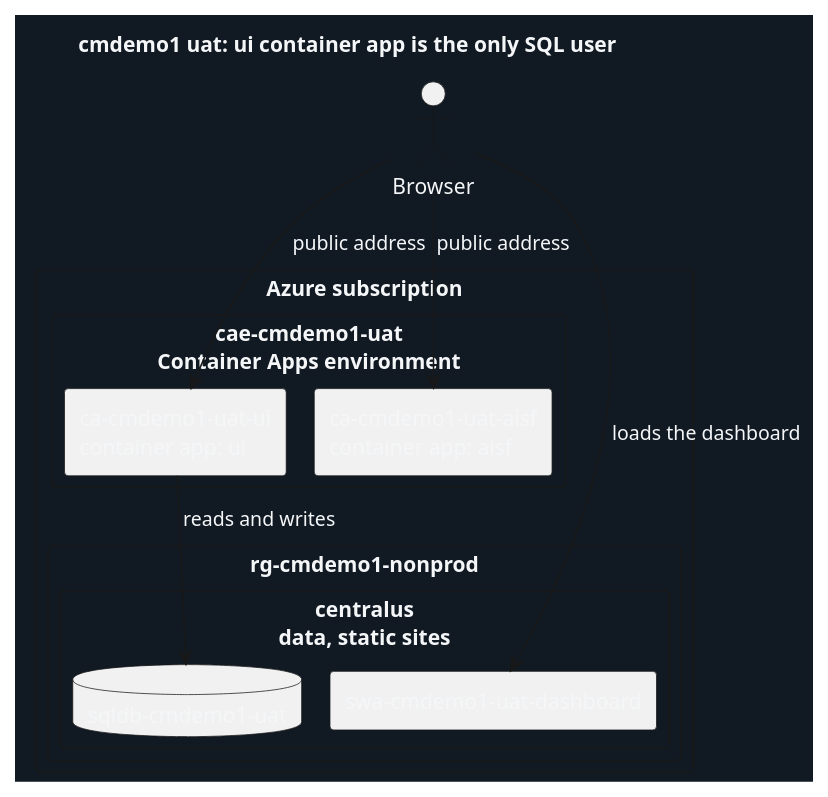
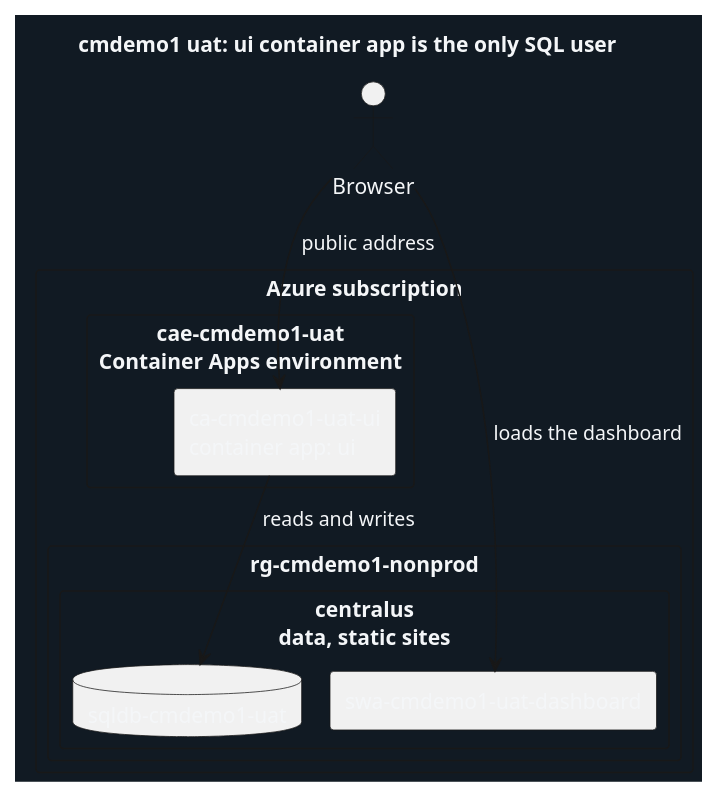
The diagram in src/Dashboard/wwwroot/runtime/uat.puml (clearmeasure-aisf-sample-apps/cmdemo1-dashboard), drawn with PlantUML before and after one commit. The commit also changed 21 other files, not shown here.

```diff
--- a/src/Dashboard/wwwroot/runtime/uat.puml
+++ b/src/Dashboard/wwwroot/runtime/uat.puml
@@ -1,25 +1,23 @@
 @startuml
 !pragma layout smetana
 skinparam backgroundColor #111a23
 skinparam defaultFontColor #f4f6f8
 
 title cmdemo1 uat: ui container app is the only SQL user
 
 rectangle "Azure subscription" as sub {
   rectangle "cae-cmdemo1-uat\nContainer Apps environment" as cae {
     rectangle "ca-cmdemo1-uat-ui\ncontainer app: ui" as ca_ui
-    rectangle "ca-cmdemo1-uat-aisf\ncontainer app: aisf" as ca_aisf
   }
   rectangle "rg-cmdemo1-nonprod" as rg_tier {
     rectangle "centralus\ndata, static sites" as region_data {
       database "sqldb-cmdemo1-uat" as sqldb
       rectangle "swa-cmdemo1-uat-dashboard" as swa_dashboard
     }
   }
 }
 actor "Browser" as browser
 browser --> ca_ui : public address
-browser --> ca_aisf : public address
 ca_ui --> sqldb : reads and writes
 browser --> swa_dashboard : loads the dashboard
 @enduml
```
